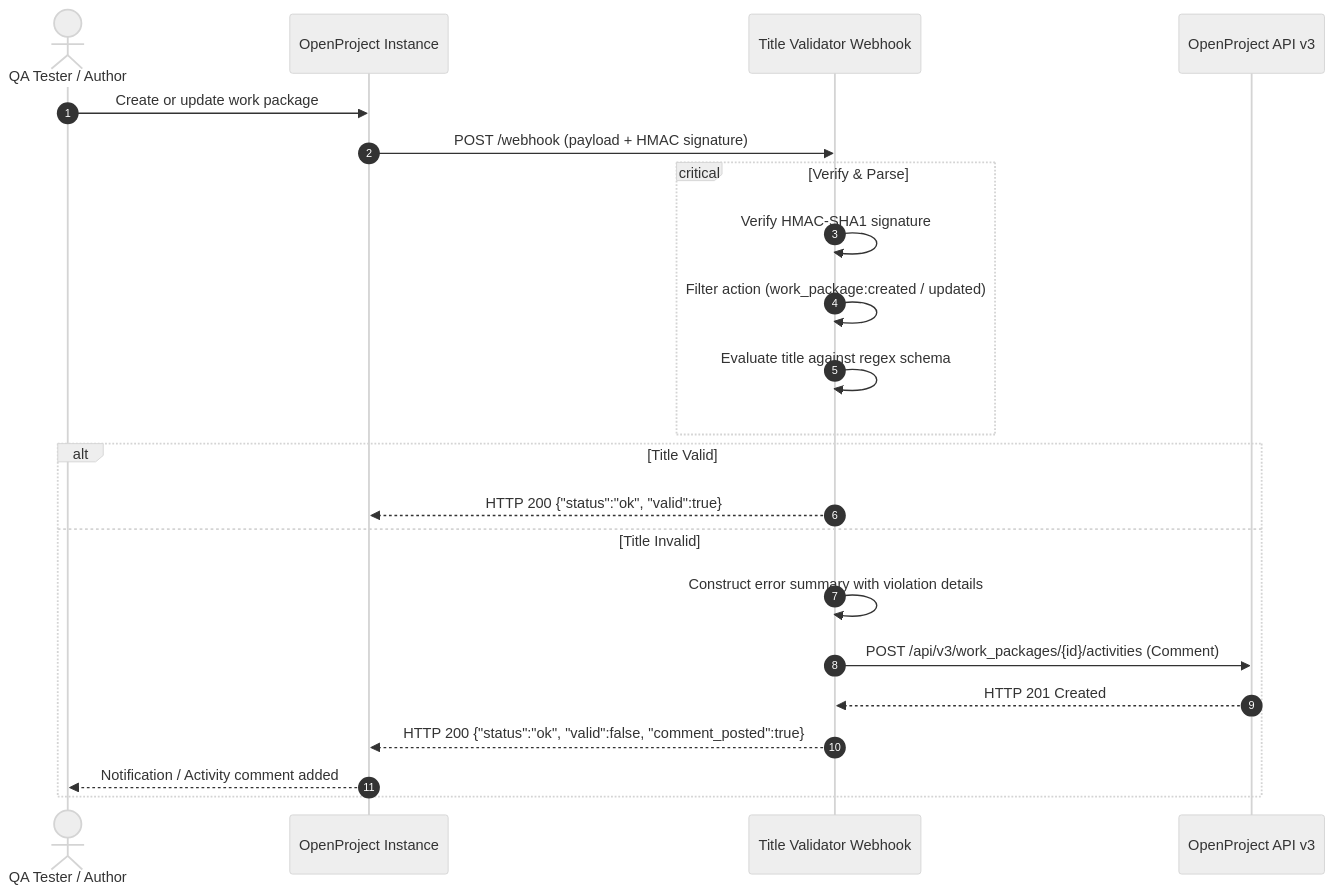
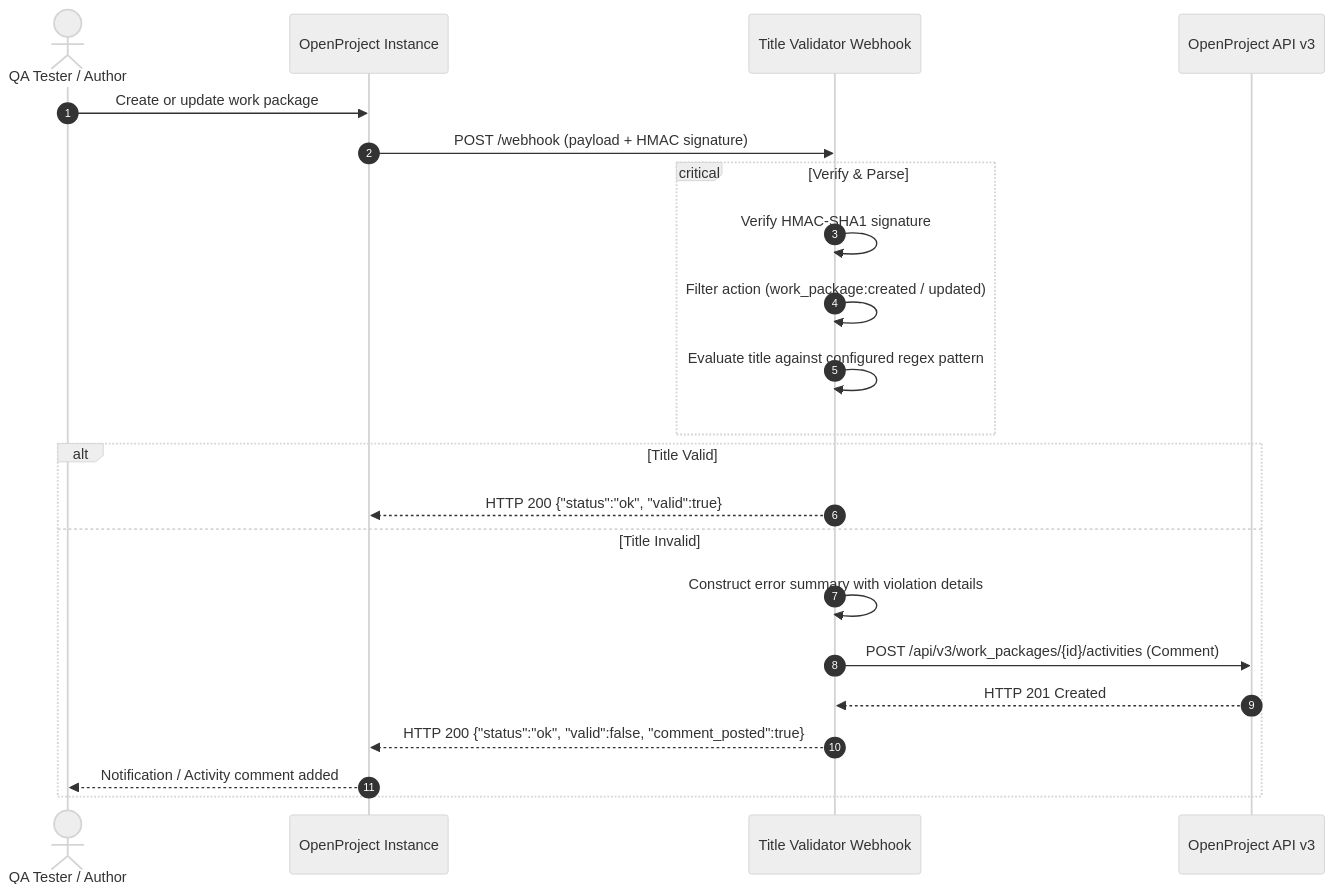
One commit to khw315/openproject-title-validator changed the first of 2 diagrams in README.md. Above: the diagram before and after it, drawn with Mermaid (neutral theme). The commit also changed other lines of this file and 8 other files, not shown here.

````diff
--- a/README.md
+++ b/README.md
@@ -230,27 +238,27 @@
 ```mermaid
 sequenceDiagram
     autonumber
     actor User as QA Tester / Author
     participant OP as OpenProject Instance
     participant WH as Title Validator Webhook
     participant API as OpenProject API v3
 
     User->>OP: Create or update work package
     OP->>WH: POST /webhook (payload + HMAC signature)
     
     critical Verify & Parse
         WH->>WH: Verify HMAC-SHA1 signature
         WH->>WH: Filter action (work_package:created / updated)
-        WH->>WH: Evaluate title against regex schema
+        WH->>WH: Evaluate title against configured regex pattern
     end
 
     alt Title Valid
         WH-->>OP: HTTP 200 {"status":"ok", "valid":true}
     else Title Invalid
         WH->>WH: Construct error summary with violation details
         WH->>API: POST /api/v3/work_packages/{id}/activities (Comment)
         API-->>WH: HTTP 201 Created
         WH-->>OP: HTTP 200 {"status":"ok", "valid":false, "comment_posted":true}
         OP-->>User: Notification / Activity comment added
     end
 ```
````
